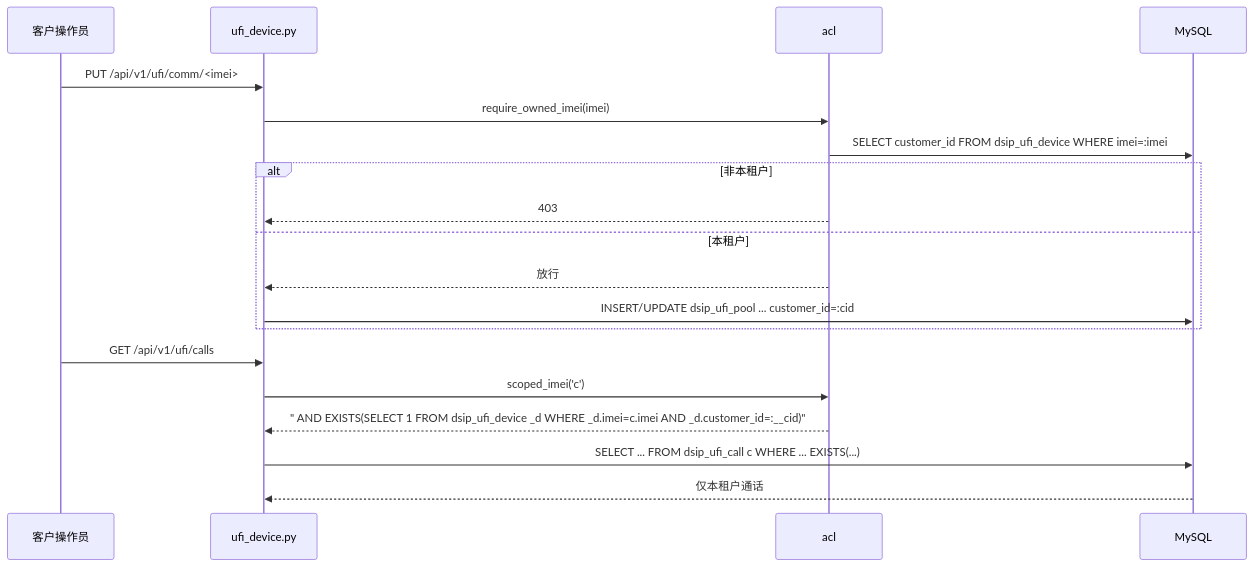
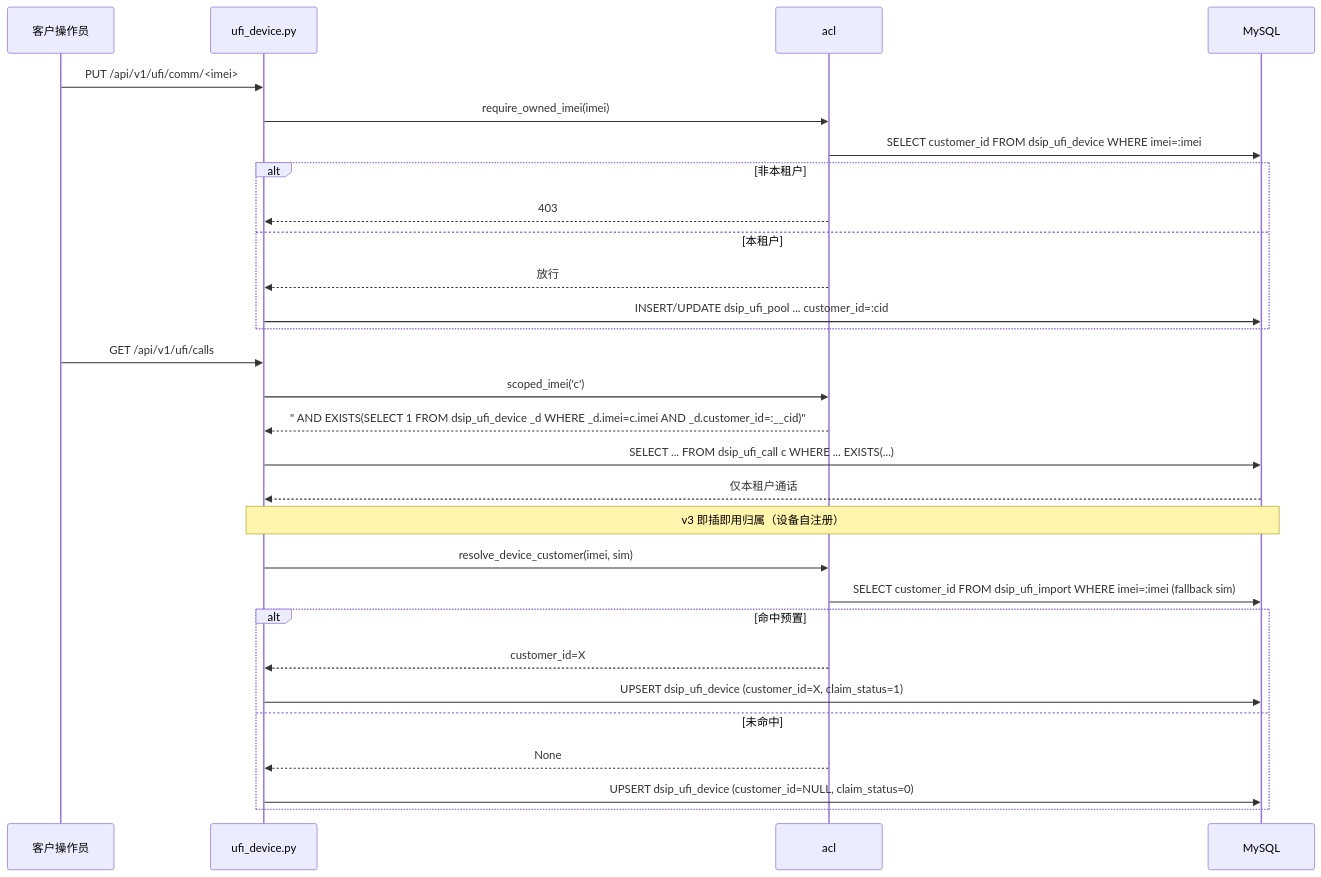
Before and after one commit to neo0591/dsiprouter: the diagram in docs/sequence-diagram.mermaid, drawn with Mermaid. The commit also changed 41 other files, not shown here.

First line of the commit message:
Add multi-tenant ACL claim flow and harden UFI SMS international dialing.

```diff
--- a/docs/sequence-diagram.mermaid
+++ b/docs/sequence-diagram.mermaid
@@ -1,20 +1,31 @@
 sequenceDiagram
     participant U as 客户操作员
     participant D as ufi_device.py
     participant A as acl
     participant DB as MySQL
 
     U->>D: PUT /api/v1/ufi/comm/<imei>
     D->>A: require_owned_imei(imei)
     A->>DB: SELECT customer_id FROM dsip_ufi_device WHERE imei=:imei
     alt 非本租户
         A-->>D: 403
     else 本租户
         A-->>D: 放行
         D->>DB: INSERT/UPDATE dsip_ufi_pool ... customer_id=:cid
     end
     U->>D: GET /api/v1/ufi/calls
     D->>A: scoped_imei('c')
     A-->>D: " AND EXISTS(SELECT 1 FROM dsip_ufi_device _d WHERE _d.imei=c.imei AND _d.customer_id=:__cid)"
     D->>DB: SELECT ... FROM dsip_ufi_call c WHERE ... EXISTS(...)
     DB-->>D: 仅本租户通话
+
+    Note over D,DB: v3 即插即用归属（设备自注册）
+    D->>A: resolve_device_customer(imei, sim)
+    A->>DB: SELECT customer_id FROM dsip_ufi_import WHERE imei=:imei (fallback sim)
+    alt 命中预置
+        A-->>D: customer_id=X
+        D->>DB: UPSERT dsip_ufi_device (customer_id=X, claim_status=1)
+    else 未命中
+        A-->>D: None
+        D->>DB: UPSERT dsip_ufi_device (customer_id=NULL, claim_status=0)
+    end
```
